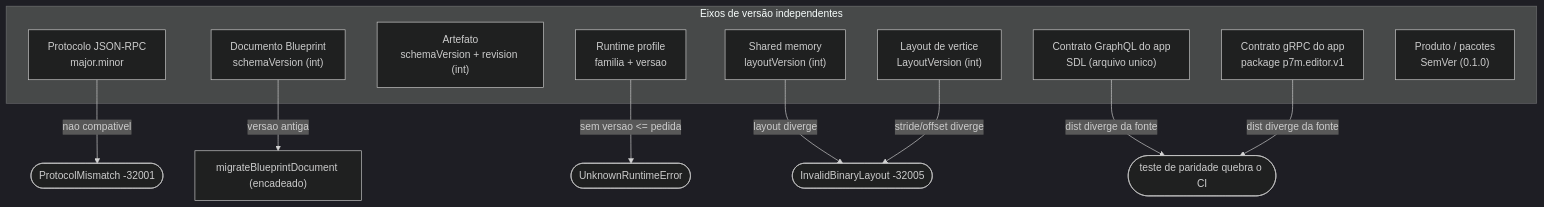
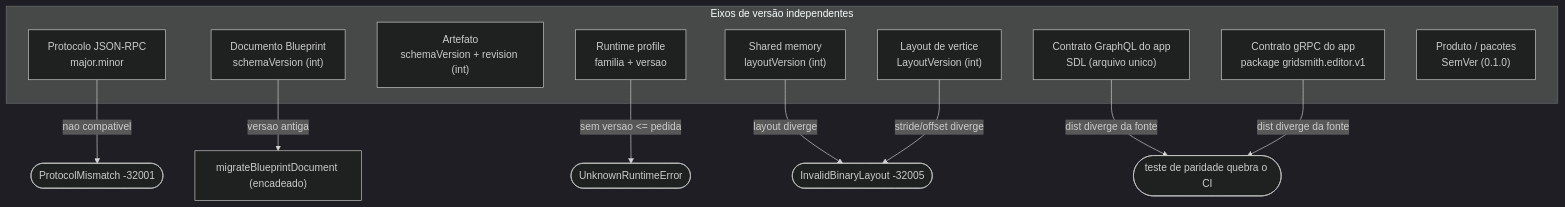
Before and after one commit to flaviotinococoutinho/Gridsmith: the diagram in docs/COMPATIBILITY.md, drawn with Mermaid (dark theme). The commit also changed other lines of this file and 220 other files, not shown here.

````diff
--- a/docs/COMPATIBILITY.md
+++ b/docs/COMPATIBILITY.md
@@ -12,21 +12,21 @@
 ```mermaid
 graph TD
   subgraph AX["Eixos de versão independentes"]
     P["Protocolo JSON-RPC<br/>major.minor"]
     B["Documento Blueprint<br/>schemaVersion (int)"]
     A["Artefato<br/>schemaVersion + revision (int)"]
     R["Runtime profile<br/>familia + versao"]
     SM["Shared memory<br/>layoutVersion (int)"]
     V["Layout de vertice<br/>LayoutVersion (int)"]
     G["Contrato GraphQL do app<br/>SDL (arquivo unico)"]
-    GR["Contrato gRPC do app<br/>package p7m.editor.v1"]
+    GR["Contrato gRPC do app<br/>package gridsmith.editor.v1"]
     PR["Produto / pacotes<br/>SemVer (0.1.0)"]
   end
   P -->|"nao compativel"| e1(["ProtocolMismatch -32001"])
   B -->|"versao antiga"| m1["migrateBlueprintDocument (encadeado)"]
   R -->|"sem versao <= pedida"| e2(["UnknownRuntimeError"])
   SM -->|"layout diverge"| e3(["InvalidBinaryLayout -32005"])
   V -->|"stride/offset diverge"| e3
   G -->|"dist diverge da fonte"| e4(["teste de paridade quebra o CI"])
   GR -->|"dist diverge da fonte"| e4
 ```
````
